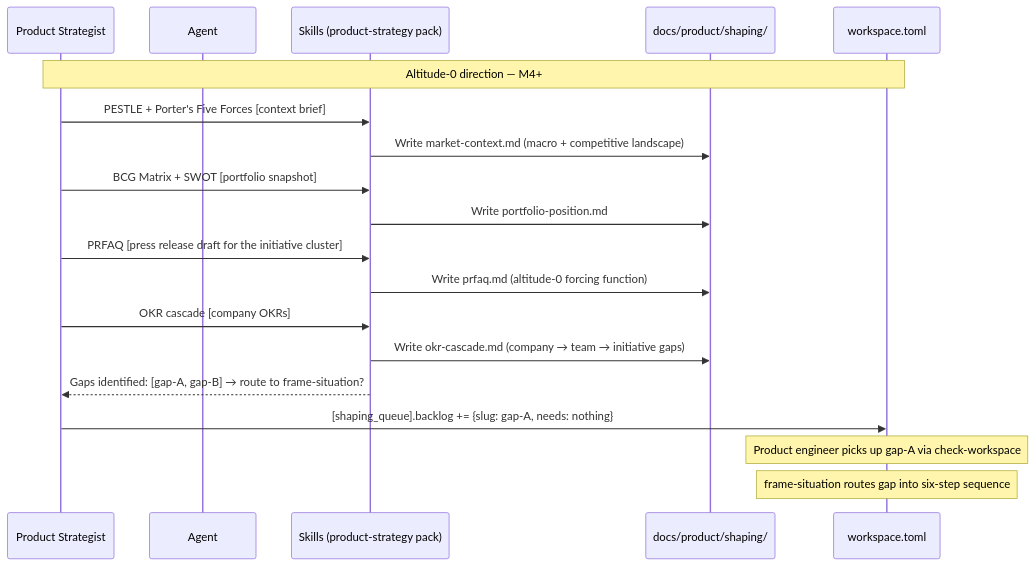
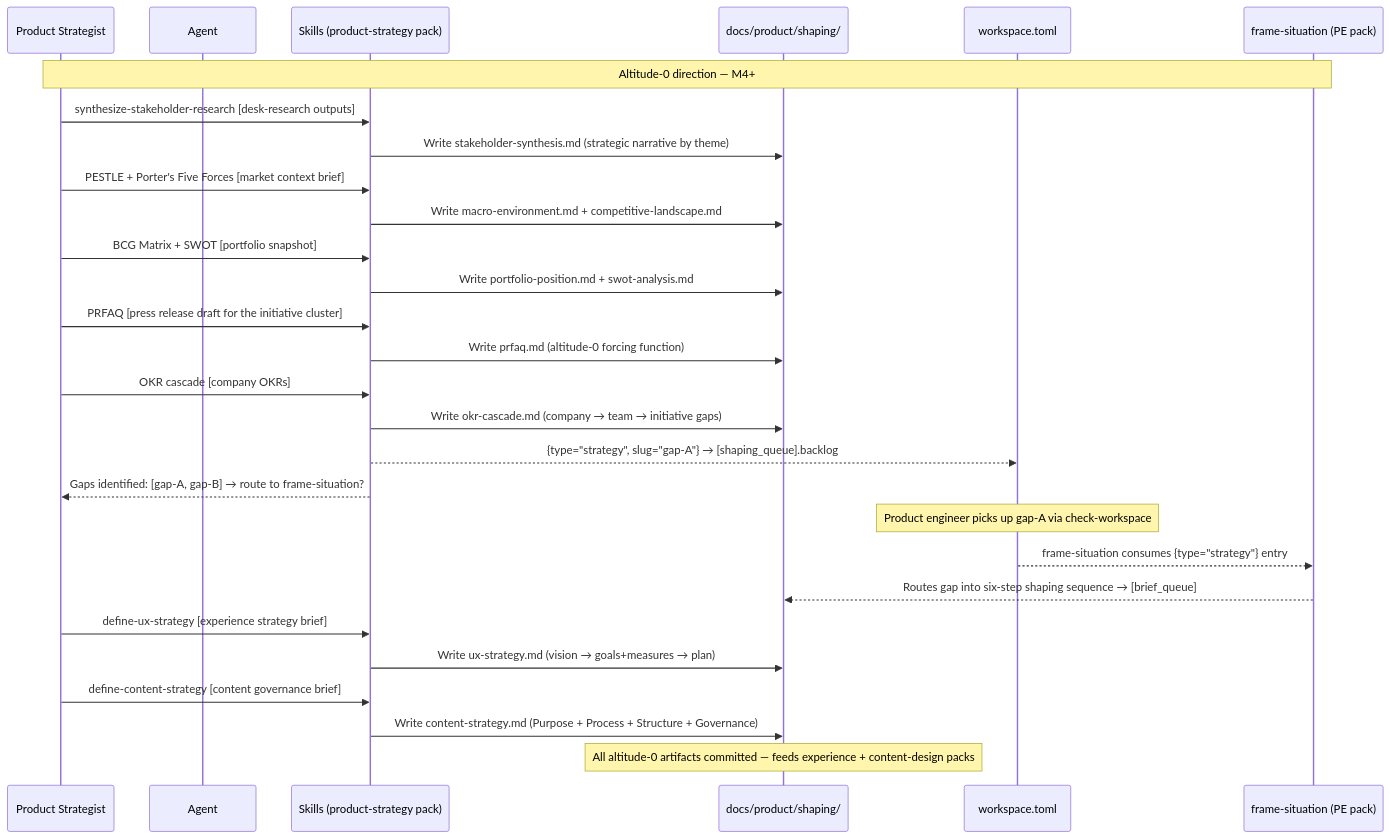
Before and after one commit to eugenelim/agent-ready-repo: the second of 2 diagrams in docs/product/journeys/product-strategist-sets-direction.md, drawn with Mermaid. The commit also changed other lines of this file and 3 other files, not shown here.

````diff
--- a/docs/product/journeys/product-strategist-sets-direction.md
+++ b/docs/product/journeys/product-strategist-sets-direction.md
@@ -68,22 +70,31 @@
 ```mermaid
 sequenceDiagram
     participant S as Product Strategist
     participant A as Agent
     participant SK as Skills (product-strategy pack)
     participant SA as docs/product/shaping/
     participant WS as workspace.toml
+    participant PE as frame-situation (PE pack)
 
-    Note over S,WS: Altitude-0 direction — M4+
-    S->>SK: PESTLE + Porter's Five Forces [context brief]
-    SK->>SA: Write market-context.md (macro + competitive landscape)
+    Note over S,PE: Altitude-0 direction — M4+
+    S->>SK: synthesize-stakeholder-research [desk-research outputs]
+    SK->>SA: Write stakeholder-synthesis.md (strategic narrative by theme)
+    S->>SK: PESTLE + Porter's Five Forces [market context brief]
+    SK->>SA: Write macro-environment.md + competitive-landscape.md
     S->>SK: BCG Matrix + SWOT [portfolio snapshot]
-    SK->>SA: Write portfolio-position.md
+    SK->>SA: Write portfolio-position.md + swot-analysis.md
     S->>SK: PRFAQ [press release draft for the initiative cluster]
     SK->>SA: Write prfaq.md (altitude-0 forcing function)
     S->>SK: OKR cascade [company OKRs]
     SK->>SA: Write okr-cascade.md (company → team → initiative gaps)
+    SK-->>WS: {type="strategy", slug="gap-A"} → [shaping_queue].backlog
     SK-->>S: Gaps identified: [gap-A, gap-B] → route to frame-situation?
-    S->>WS: [shaping_queue].backlog += {slug: gap-A, needs: nothing}
     Note over WS: Product engineer picks up gap-A via check-workspace
-    Note over WS: frame-situation routes gap into six-step sequence
+    WS-->>PE: frame-situation consumes {type="strategy"} entry
+    PE-->>SA: Routes gap into six-step shaping sequence → [brief_queue]
+    S->>SK: define-ux-strategy [experience strategy brief]
+    SK->>SA: Write ux-strategy.md (vision → goals+measures → plan)
+    S->>SK: define-content-strategy [content governance brief]
+    SK->>SA: Write content-strategy.md (Purpose + Process + Structure + Governance)
+    Note over SA: All altitude-0 artifacts committed — feeds experience + content-design packs
 ```
````
